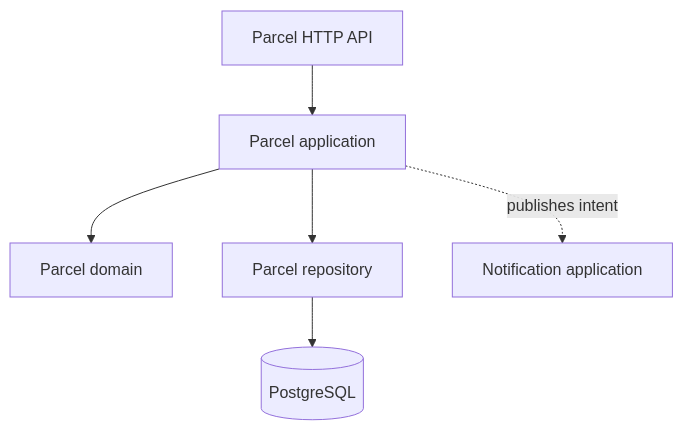
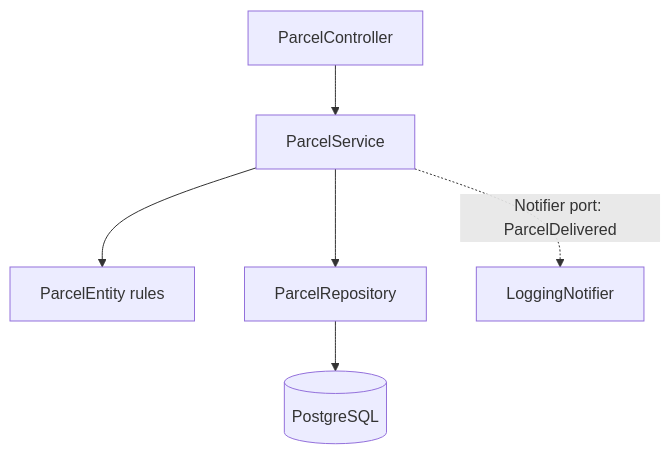
Before and after one commit to kevin-voss/learning-project: the diagram in tracks/spring-boot/topics/11-monolith/README.md, drawn with Mermaid. The commit also changed other lines of this file and 10 other files, not shown here.

````diff
--- a/tracks/spring-boot/topics/11-monolith/README.md
+++ b/tracks/spring-boot/topics/11-monolith/README.md
@@ -40,8 +47,8 @@
 ```mermaid
 flowchart TB
-  H[Parcel HTTP API] --> U[Parcel application]
-  U --> D[Parcel domain]
-  U --> R[Parcel repository]
-  U -. publishes intent .-> N[Notification application]
+  H[ParcelController] --> U[ParcelService]
+  U --> D[ParcelEntity rules]
+  U --> R[ParcelRepository]
+  U -. "Notifier port: ParcelDelivered" .-> N[LoggingNotifier]
   R --> DB[(PostgreSQL)]
 ```
````
